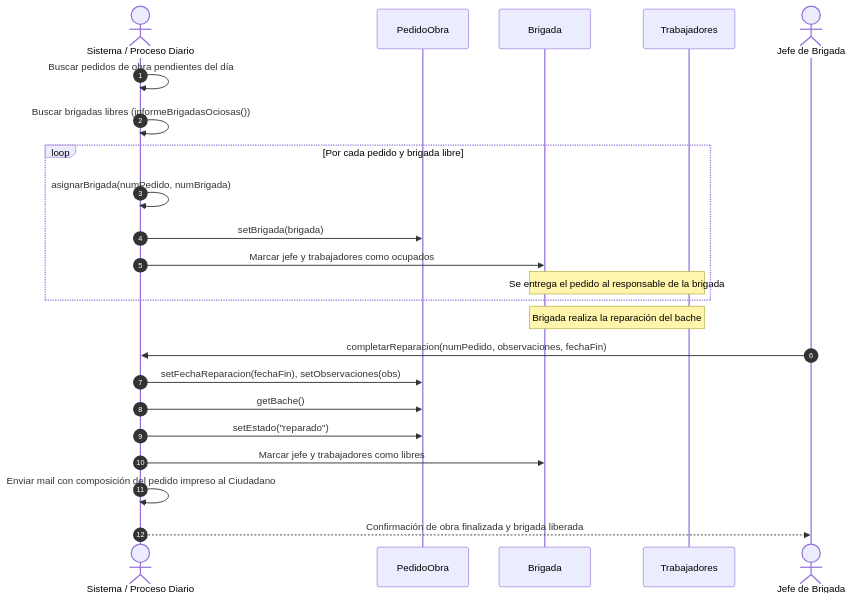
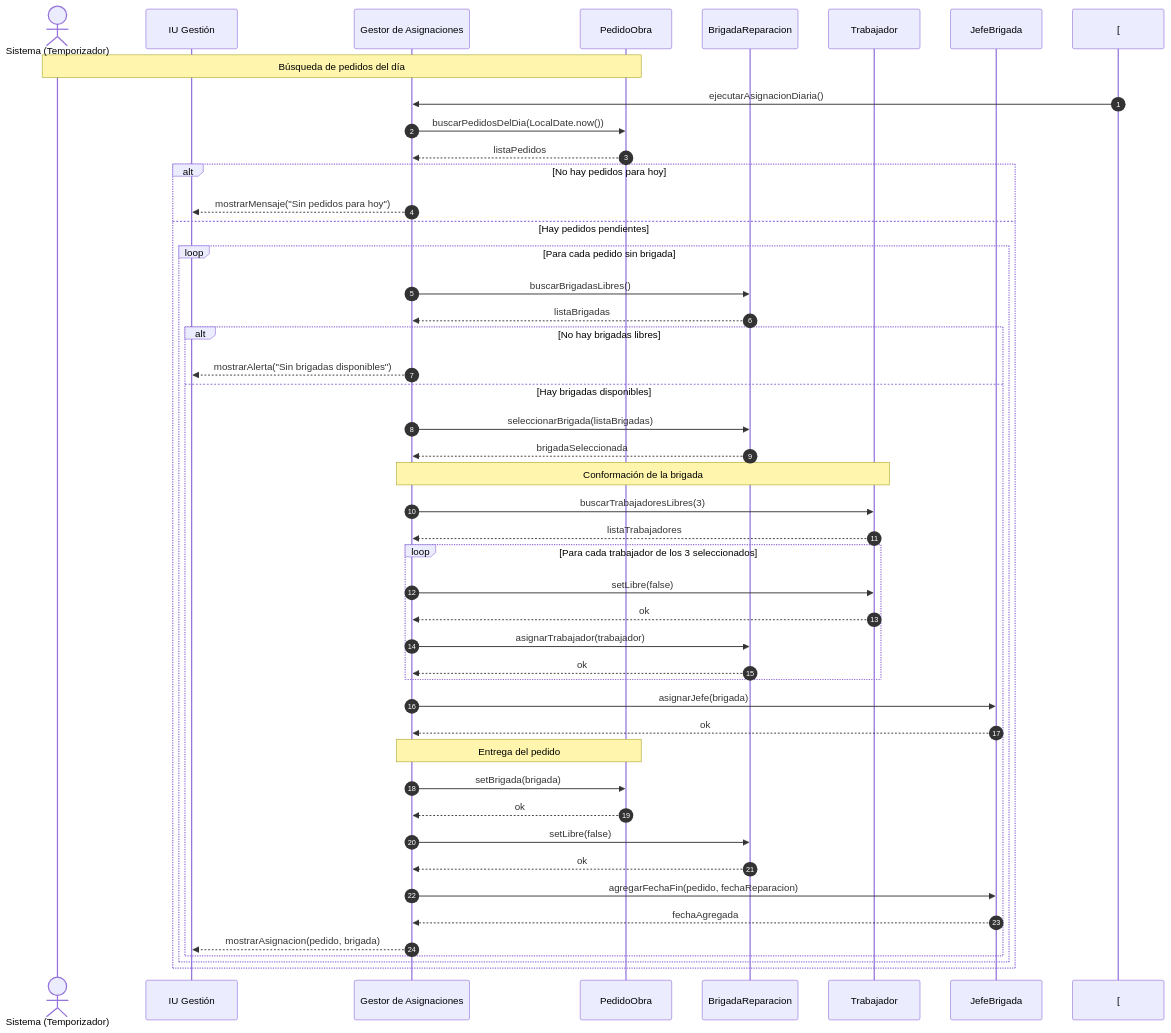
One commit to Gunxo116/BarbeitoYamil-TemaC changed the seventh of 7 diagrams in docs/diagramas.md. Above: the diagram before and after it, drawn with Mermaid. The commit also changed other lines of this file, not shown here.

Commit message:
docs: align sequence diagrams with PlantUML specification from customer

````diff
--- a/docs/diagramas.md
+++ b/docs/diagramas.md
@@ -224,28 +542,57 @@
 ```mermaid
 sequenceDiagram
     autonumber
-    actor S as Sistema / Proceso Diario
-    participant PO as PedidoObra
-    participant BR as Brigada
-    participant T as Trabajadores
+    actor TMP as Sistema (Temporizador)
+    participant IUG as IU Gestión
+    participant GA as Gestor de Asignaciones
+    participant PED as PedidoObra
+    participant BRI as BrigadaReparacion
+    participant TRA as Trabajador
+    participant JEF as JefeBrigada
 
-    S->>S: Buscar pedidos de obra pendientes del día
-    S->>S: Buscar brigadas libres (informeBrigadasOciosas())
-    loop Por cada pedido y brigada libre
-        S->>S: asignarBrigada(numPedido, numBrigada)
-        S->>PO: setBrigada(brigada)
-        S->>BR: Marcar jefe y trabajadores como ocupados
-        Note over BR, T: Se entrega el pedido al responsable de la brigada
+    Note over TMP, PED: Búsqueda de pedidos del día
+    [->>GA: ejecutarAsignacionDiaria()
+    GA->>PED: buscarPedidosDelDia(LocalDate.now())
+    PED-->>GA: listaPedidos
+
+    alt No hay pedidos para hoy
+        GA-->>IUG: mostrarMensaje("Sin pedidos para hoy")
+    else Hay pedidos pendientes
+        loop Para cada pedido sin brigada
+            GA->>BRI: buscarBrigadasLibres()
+            BRI-->>GA: listaBrigadas
+
+            alt No hay brigadas libres
+                GA-->>IUG: mostrarAlerta("Sin brigadas disponibles")
+            else Hay brigadas disponibles
+                GA->>BRI: seleccionarBrigada(listaBrigadas)
+                BRI-->>GA: brigadaSeleccionada
+
+                Note over GA, TRA: Conformación de la brigada
+                GA->>TRA: buscarTrabajadoresLibres(3)
+                TRA-->>GA: listaTrabajadores
+
+                loop Para cada trabajador de los 3 seleccionados
+                    GA->>TRA: setLibre(false)
+                    TRA-->>GA: ok
+                    GA->>BRI: asignarTrabajador(trabajador)
+                    BRI-->>GA: ok
+                end
+
+                GA->>JEF: asignarJefe(brigada)
+                JEF-->>GA: ok
+
+                Note over GA, PED: Entrega del pedido
+                GA->>PED: setBrigada(brigada)
+                PED-->>GA: ok
+                GA->>BRI: setLibre(false)
+                BRI-->>GA: ok
+
+                GA->>JEF: agregarFechaFin(pedido, fechaReparacion)
+                JEF-->>GA: fechaAgregada
+
+                GA-->>IUG: mostrarAsignacion(pedido, brigada)
+            end
+        end
     end
-    
-    Note over BR, T: Brigada realiza la reparación del bache
-    
-    actor J as Jefe de Brigada
-    J->>S: completarReparacion(numPedido, observaciones, fechaFin)
-    S->>PO: setFechaReparacion(fechaFin), setObservaciones(obs)
-    S->>PO: getBache()
-    S->>PO: setEstado("reparado")
-    S->>BR: Marcar jefe y trabajadores como libres
-    S->>S: Enviar mail con composición del pedido impreso al Ciudadano
-    S-->>J: Confirmación de obra finalizada y brigada liberada
 ```
````
